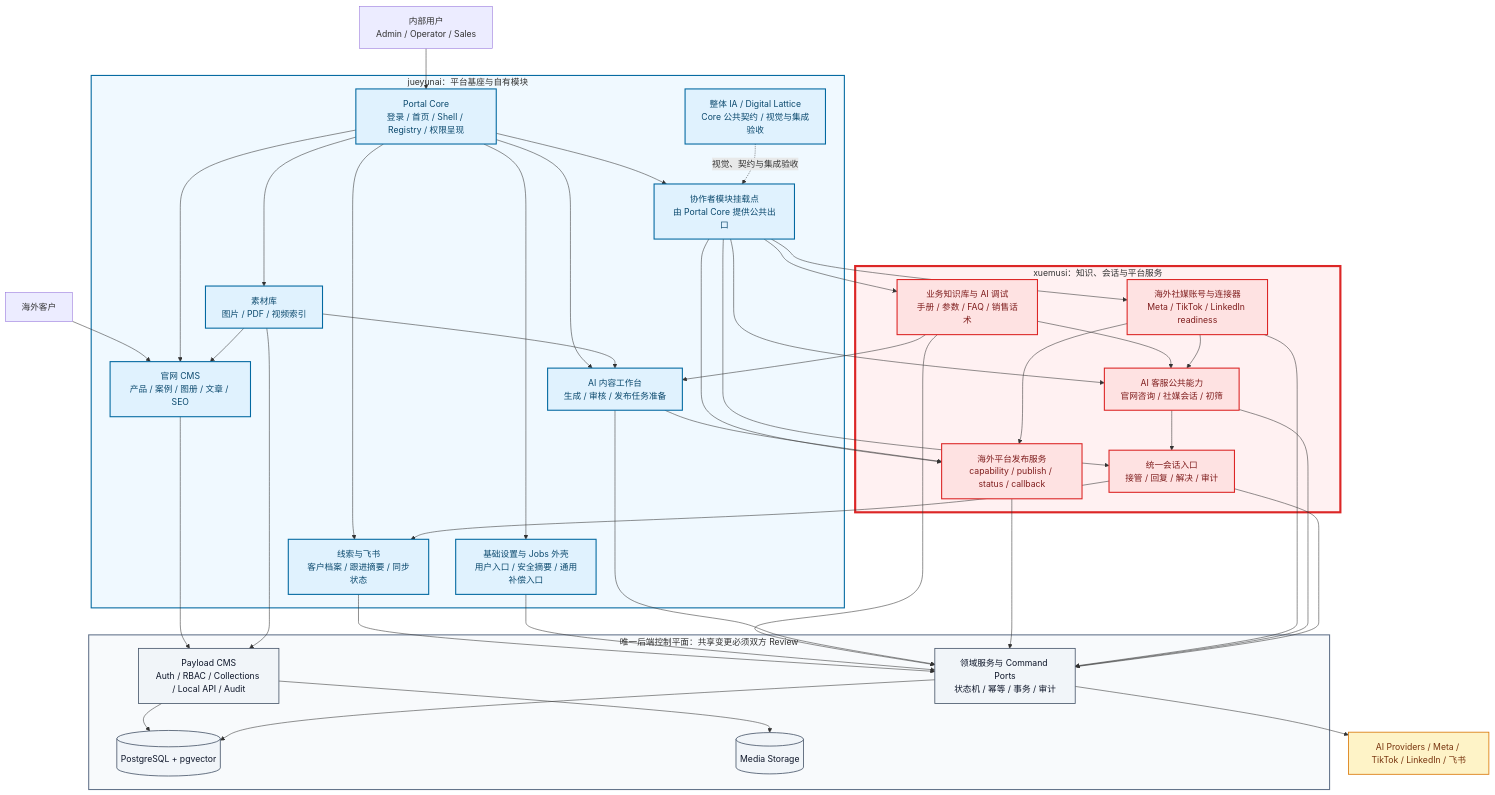
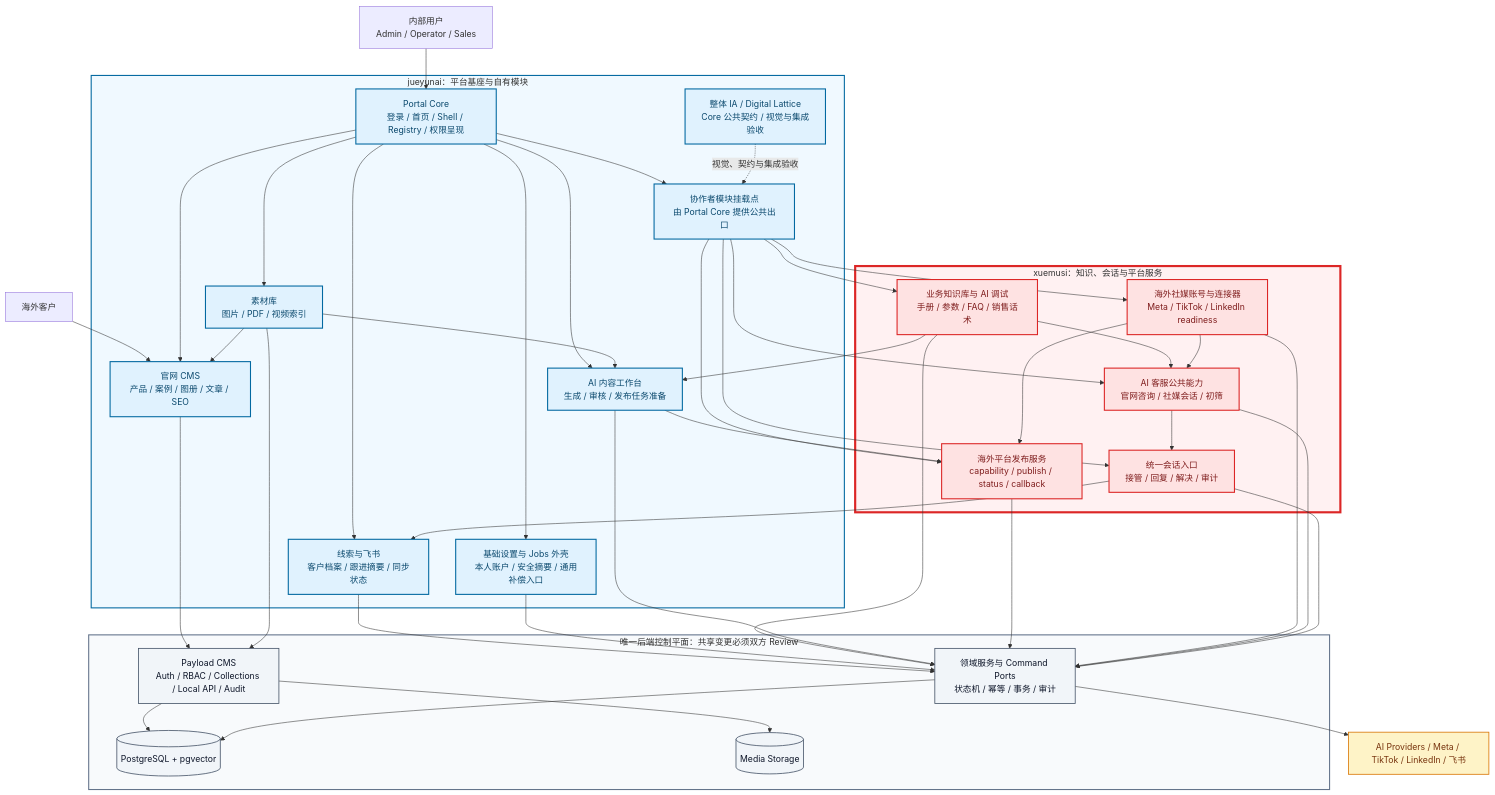
Before and after one commit to jueyunai/ivybm: the diagram in docs/architecture/管理后台模块化架构与责任边界.mermaid, drawn with Mermaid. The commit also changed 46 other files, not shown here.

```diff
--- a/docs/architecture/管理后台模块化架构与责任边界.mermaid
+++ b/docs/architecture/管理后台模块化架构与责任边界.mermaid
@@ -1,89 +1,89 @@
 %% IVYBM 管理后台模块化架构与责任边界 v1.0
 %% 责任边界按 2026-07-29 用户校正：AI 内容工作台归 jueyunai；红色区域为 xuemusi 的知识、会话与平台服务。
 flowchart TB
     STAFF["内部用户<br/>Admin / Operator / Sales"]
     VISITOR["海外客户"]
 
     subgraph OWNER["jueyunai：平台基座与自有模块"]
         CORE["Portal Core<br/>登录 / 首页 / Shell / Registry / 权限呈现"]
         CMS["官网 CMS<br/>产品 / 案例 / 图册 / 文章 / SEO"]
         ASSET["素材库<br/>图片 / PDF / 视频索引"]
         LEAD["线索与飞书<br/>客户档案 / 跟进摘要 / 同步状态"]
         STUDIO["AI 内容工作台<br/>生成 / 审核 / 发布任务准备"]
-        SYSTEM["基础设置与 Jobs 外壳<br/>用户入口 / 安全摘要 / 通用补偿入口"]
+        SYSTEM["基础设置与 Jobs 外壳<br/>本人账户 / 安全摘要 / 通用补偿入口"]
         GOVERNANCE["整体 IA / Digital Lattice<br/>Core 公共契约 / 视觉与集成验收"]
         SLOT["协作者模块挂载点<br/>由 Portal Core 提供公共出口"]
     end
 
     subgraph COLLAB["xuemusi：知识、会话与平台服务"]
         KNOW["业务知识库与 AI 调试<br/>手册 / 参数 / FAQ / 销售话术"]
         PUBLISH["海外平台发布服务<br/>capability / publish / status / callback"]
         SOCIAL["海外社媒账号与连接器<br/>Meta / TikTok / LinkedIn readiness"]
         CHAT["AI 客服公共能力<br/>官网咨询 / 社媒会话 / 初筛"]
         INBOX["统一会话入口<br/>接管 / 回复 / 解决 / 审计"]
     end
 
     subgraph CONTROLPLANE["唯一后端控制平面：共享变更必须双方 Review"]
         PAYLOAD["Payload CMS<br/>Auth / RBAC / Collections / Local API / Audit"]
         DOMAIN["领域服务与 Command Ports<br/>状态机 / 幂等 / 事务 / 审计"]
         DB[("PostgreSQL + pgvector")]
         MEDIA[("Media Storage")]
     end
 
     EXTERNAL["AI Providers / Meta / TikTok / LinkedIn / 飞书"]
 
     STAFF --> CORE
     VISITOR --> CMS
 
     CORE --> CMS
     CORE --> ASSET
     CORE --> LEAD
     CORE --> STUDIO
     CORE --> SYSTEM
     CORE --> SLOT
     GOVERNANCE -. "视觉、契约与集成验收" .-> SLOT
 
     SLOT --> KNOW
     SLOT --> PUBLISH
     SLOT --> SOCIAL
     SLOT --> CHAT
     SLOT --> INBOX
 
     ASSET --> CMS
     ASSET --> STUDIO
     KNOW --> STUDIO
     KNOW --> CHAT
     STUDIO --> PUBLISH
     SOCIAL --> PUBLISH
     SOCIAL --> CHAT
     CHAT --> INBOX
     INBOX --> LEAD
 
     CMS --> PAYLOAD
     ASSET --> PAYLOAD
     LEAD --> DOMAIN
     SYSTEM --> DOMAIN
     KNOW --> DOMAIN
     STUDIO --> DOMAIN
     PUBLISH --> DOMAIN
     SOCIAL --> DOMAIN
     CHAT --> DOMAIN
     INBOX --> DOMAIN
     PAYLOAD --> DB
     PAYLOAD --> MEDIA
     DOMAIN --> DB
     DOMAIN --> EXTERNAL
 
     classDef owner fill:#e0f2fe,stroke:#0369a1,stroke-width:2px,color:#0c4a6e
     classDef collaborator fill:#fee2e2,stroke:#dc2626,stroke-width:2px,color:#7f1d1d
     classDef control fill:#f1f5f9,stroke:#475569,stroke-width:1.5px,color:#0f172a
     classDef external fill:#fef3c7,stroke:#d97706,stroke-width:1.5px,color:#78350f
 
     class CORE,CMS,ASSET,LEAD,STUDIO,SYSTEM,GOVERNANCE,SLOT owner
     class KNOW,PUBLISH,SOCIAL,CHAT,INBOX collaborator
     class PAYLOAD,DOMAIN,DB,MEDIA control
     class EXTERNAL external
 
     style OWNER fill:#f0f9ff,stroke:#0369a1,stroke-width:2px
     style COLLAB fill:#fff1f2,stroke:#dc2626,stroke-width:4px
     style CONTROLPLANE fill:#f8fafc,stroke:#64748b,stroke-width:2px
```
